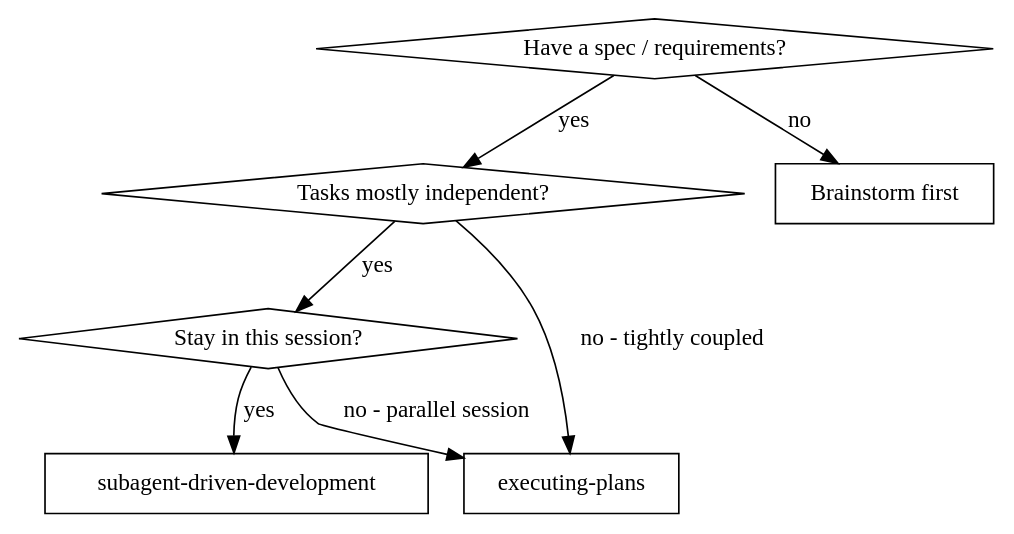
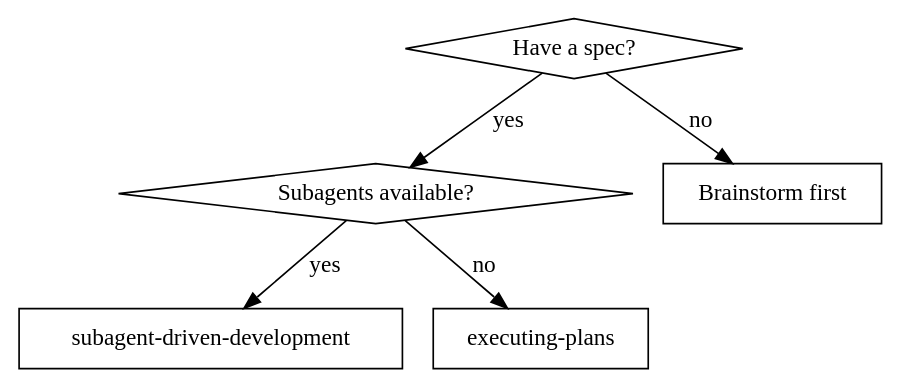
Before and after one commit to zpyoung/quirk: the first of 2 diagrams in skills/subagent-driven-development/SKILL.md, drawn with Graphviz. The commit also changed other lines of this file and 11 other files, not shown here.

````diff
--- a/skills/subagent-driven-development/SKILL.md
+++ b/skills/subagent-driven-development/SKILL.md
@@ -23,17 +18,14 @@
 ```dot
 digraph when_to_use {
-    "Have a spec / requirements?" [shape=diamond];
-    "Tasks mostly independent?" [shape=diamond];
-    "Stay in this session?" [shape=diamond];
+    "Have a spec?" [shape=diamond];
+    "Subagents available?" [shape=diamond];
     "subagent-driven-development" [shape=box];
     "executing-plans" [shape=box];
     "Brainstorm first" [shape=box];
 
-    "Have a spec / requirements?" -> "Tasks mostly independent?" [label="yes"];
-    "Have a spec / requirements?" -> "Brainstorm first" [label="no"];
-    "Tasks mostly independent?" -> "Stay in this session?" [label="yes"];
-    "Tasks mostly independent?" -> "executing-plans" [label="no - tightly coupled"];
-    "Stay in this session?" -> "subagent-driven-development" [label="yes"];
-    "Stay in this session?" -> "executing-plans" [label="no - parallel session"];
+    "Have a spec?" -> "Subagents available?" [label="yes"];
+    "Have a spec?" -> "Brainstorm first" [label="no"];
+    "Subagents available?" -> "subagent-driven-development" [label="yes"];
+    "Subagents available?" -> "executing-plans" [label="no"];
 }
 ```
````
